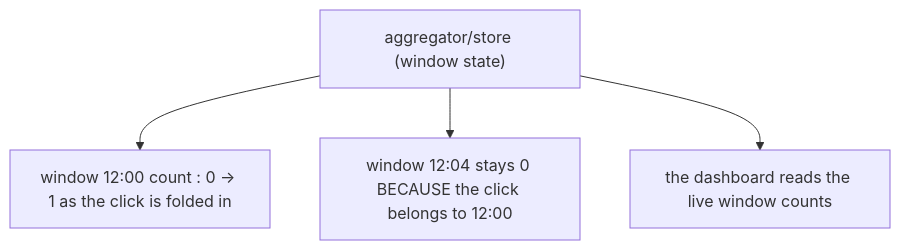
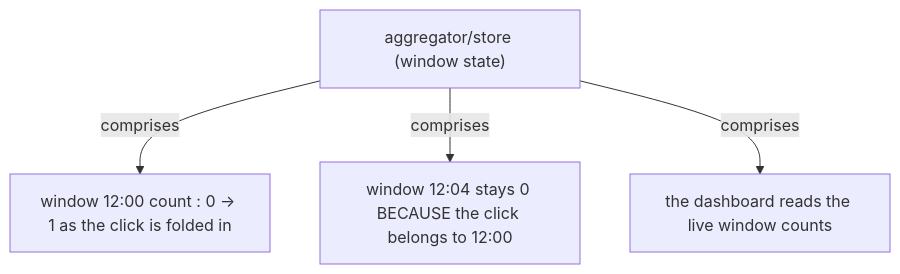
Before and after one commit to vinayakuber/streaming-systems-study-guide: the seventh of 19 diagrams in docs/ch01-streaming-101.md, drawn with Mermaid. The commit also changed other lines of this file and 22 other files, not shown here.

First line of the commit message:
R18: label every diagram arrow with its meaning

````diff
--- a/docs/ch01-streaming-101.md
+++ b/docs/ch01-streaming-101.md
@@ -172,7 +172,7 @@
 ```mermaid
 flowchart TD
   R["aggregator/store (window state)"]
-  R --> P0["window 12:00 count : 0 -&gt; 1 as the click is folded in"]
-  R --> P1["window 12:04 stays 0 BECAUSE the click belongs to 12:00"]
-  R --> P2["the dashboard reads the live window counts"]
+  R -->|"comprises"| P0["window 12:00 count : 0 -&gt; 1 as the click is folded in"]
+  R -->|"comprises"| P1["window 12:04 stays 0 BECAUSE the click belongs to 12:00"]
+  R -->|"comprises"| P2["the dashboard reads the live window counts"]
 ```
````
